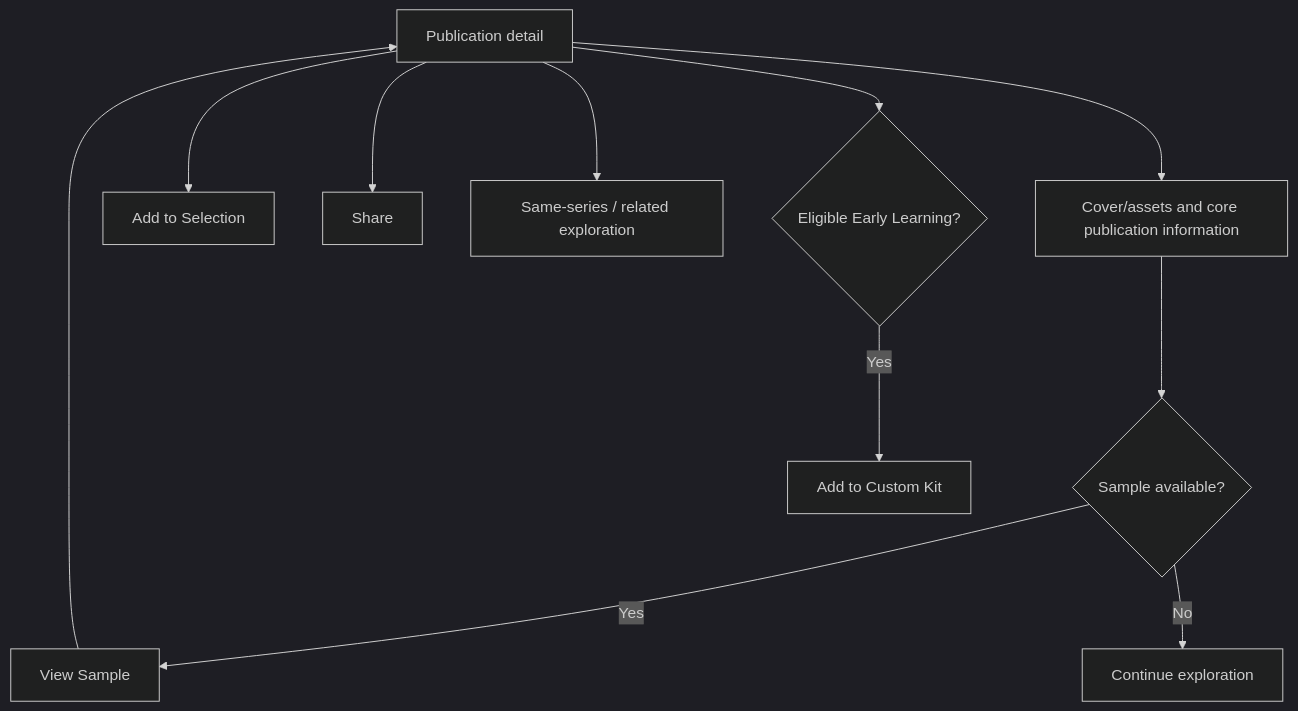
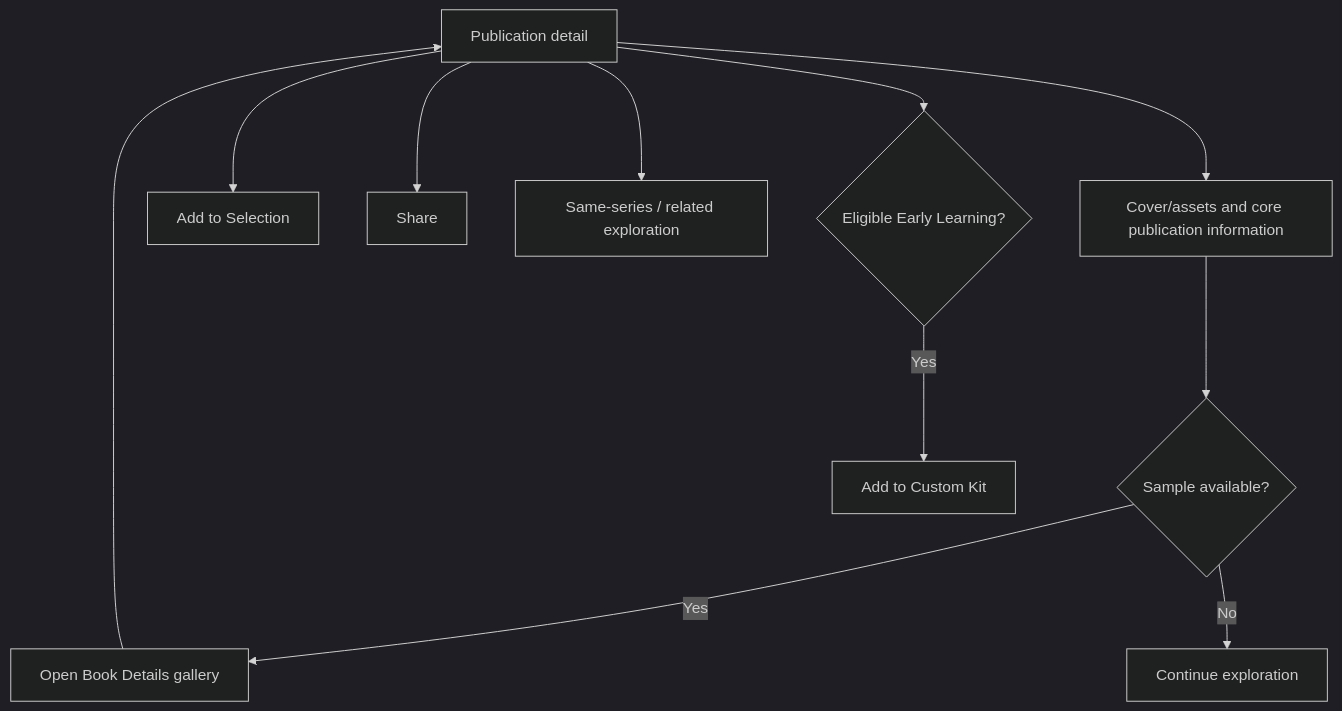
One commit to cpcbooks/digital-catalogue changed the third of 7 diagrams in docs/04-ui-ux-specification.md. Above: the diagram before and after it, drawn with Mermaid (dark theme). The commit also changed other lines of this file and 4 other files, not shown here.

````diff
--- a/docs/04-ui-ux-specification.md
+++ b/docs/04-ui-ux-specification.md
@@ -110,13 +110,13 @@
 ```mermaid
 flowchart TD
   D[Publication detail] --> A[Cover/assets and core publication information]
   A --> S{Sample available?}
-  S -->|Yes| V[View Sample]
+  S -->|Yes| V[Open Book Details gallery]
   S -->|No| E[Continue exploration]
   V --> D
   D --> SEL[Add to Selection]
   D --> SH[Share]
   D --> REL[Same-series / related exploration]
   D --> KIT{Eligible Early Learning?}
   KIT -->|Yes| KB[Add to Custom Kit]
 ```
````
